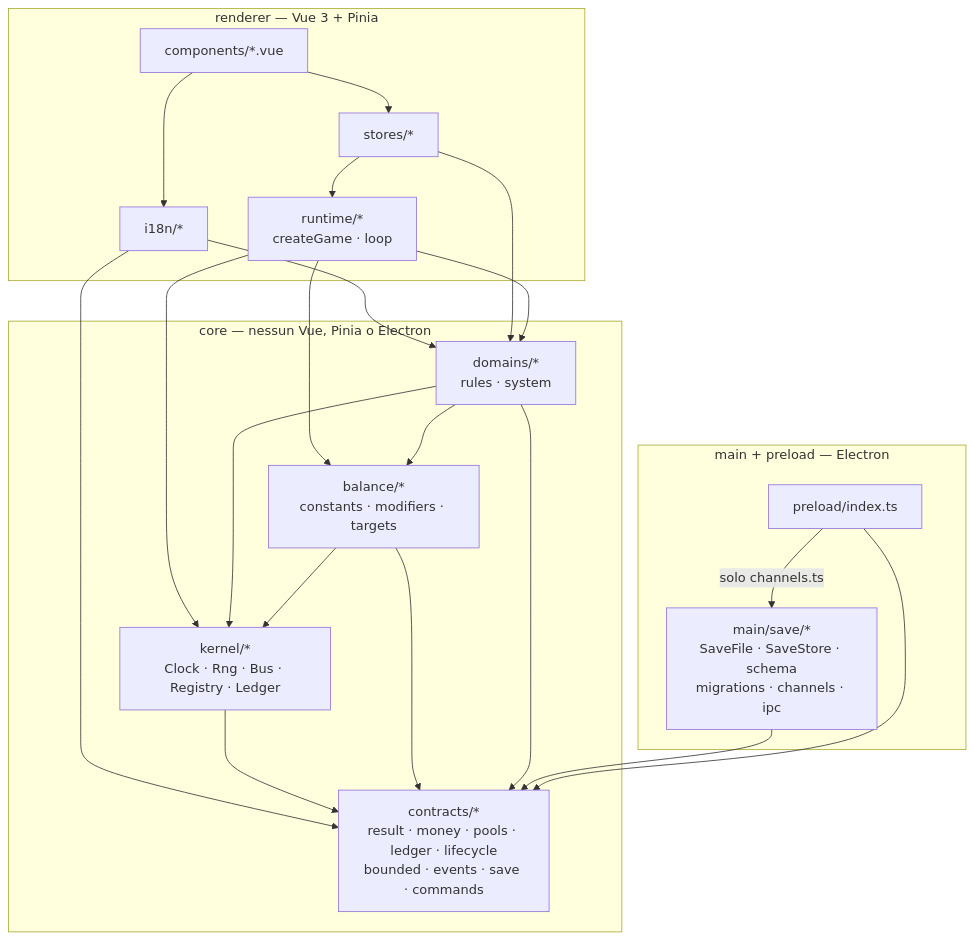
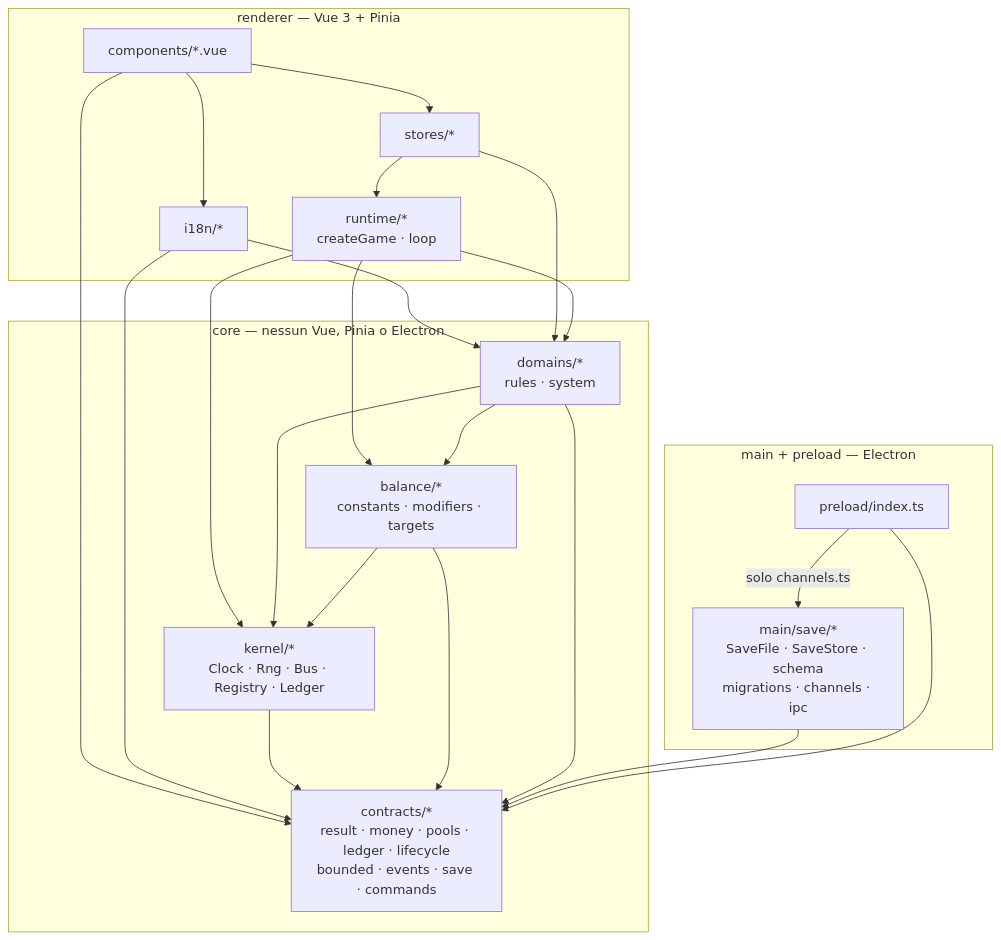
One commit to devfrx/solvent changed the diagram in docs/architettura.md. Above: the diagram before and after it, drawn with Mermaid. The commit also changed other lines of this file and 30 other files, not shown here.

````diff
--- a/docs/architettura.md
+++ b/docs/architettura.md
@@ -14,40 +14,41 @@
 ```mermaid
 flowchart TD
   subgraph MAIN["main + preload — Electron"]
     SAVE["main/save/*<br/>SaveFile · SaveStore · schema<br/>migrations · channels · ipc"]
     PRE["preload/index.ts"]
   end
 
   subgraph REND["renderer — Vue 3 + Pinia"]
     CMP["components/*.vue"]
     I18N["i18n/*"]
     ST["stores/*"]
     RT["runtime/*<br/>createGame · loop"]
   end
 
   subgraph CORE["core — nessun Vue, Pinia o Electron"]
     DOM["domains/*<br/>rules · system"]
     BAL["balance/*<br/>constants · modifiers · targets"]
     KER["kernel/*<br/>Clock · Rng · Bus · Registry · Ledger"]
     CON["contracts/*<br/>result · money · pools · ledger · lifecycle<br/>bounded · events · save · commands"]
   end
 
   CMP --> ST
   CMP --> I18N
+  CMP --> CON
   I18N --> CON
   I18N --> DOM
   ST  --> RT
   ST  --> DOM
   RT  --> DOM
   RT  --> KER
   RT  --> BAL
   DOM --> BAL
   DOM --> KER
   BAL --> KER
   KER --> CON
   BAL --> CON
   DOM --> CON
   SAVE --> CON
   PRE --> CON
   PRE -->|solo channels.ts| SAVE
 ```
````
